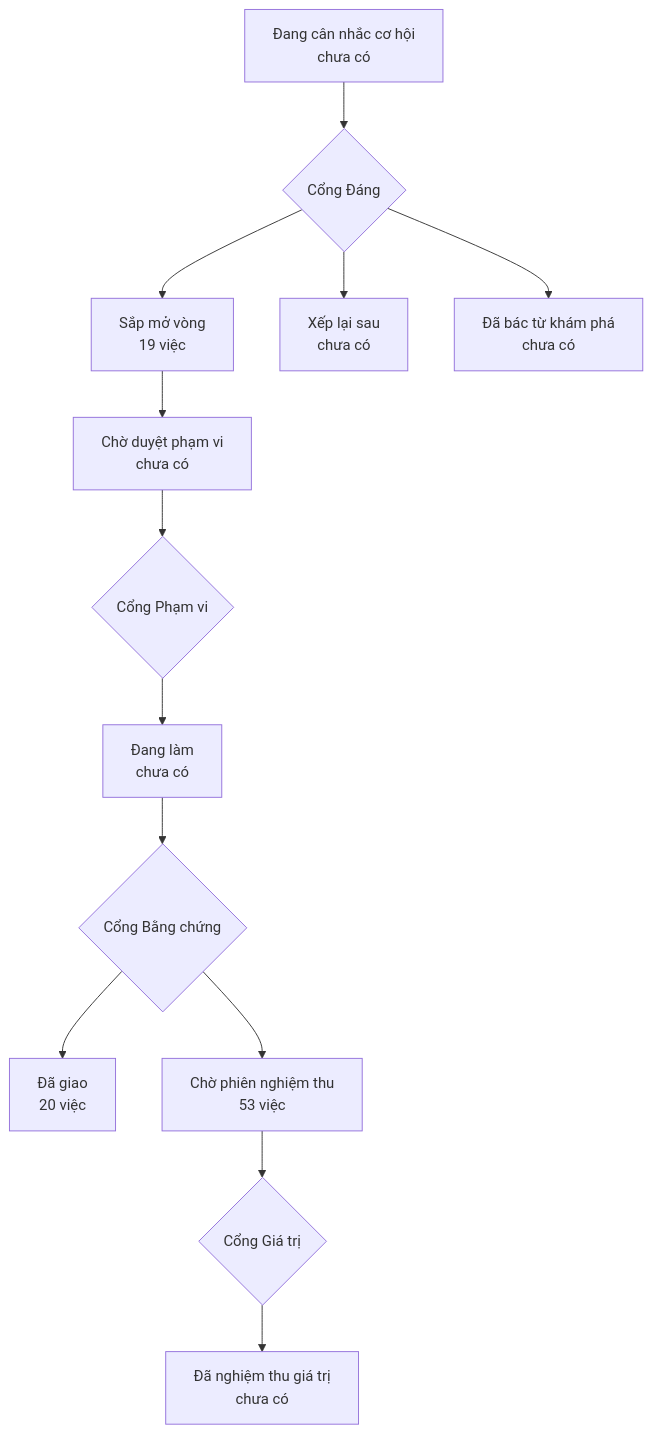
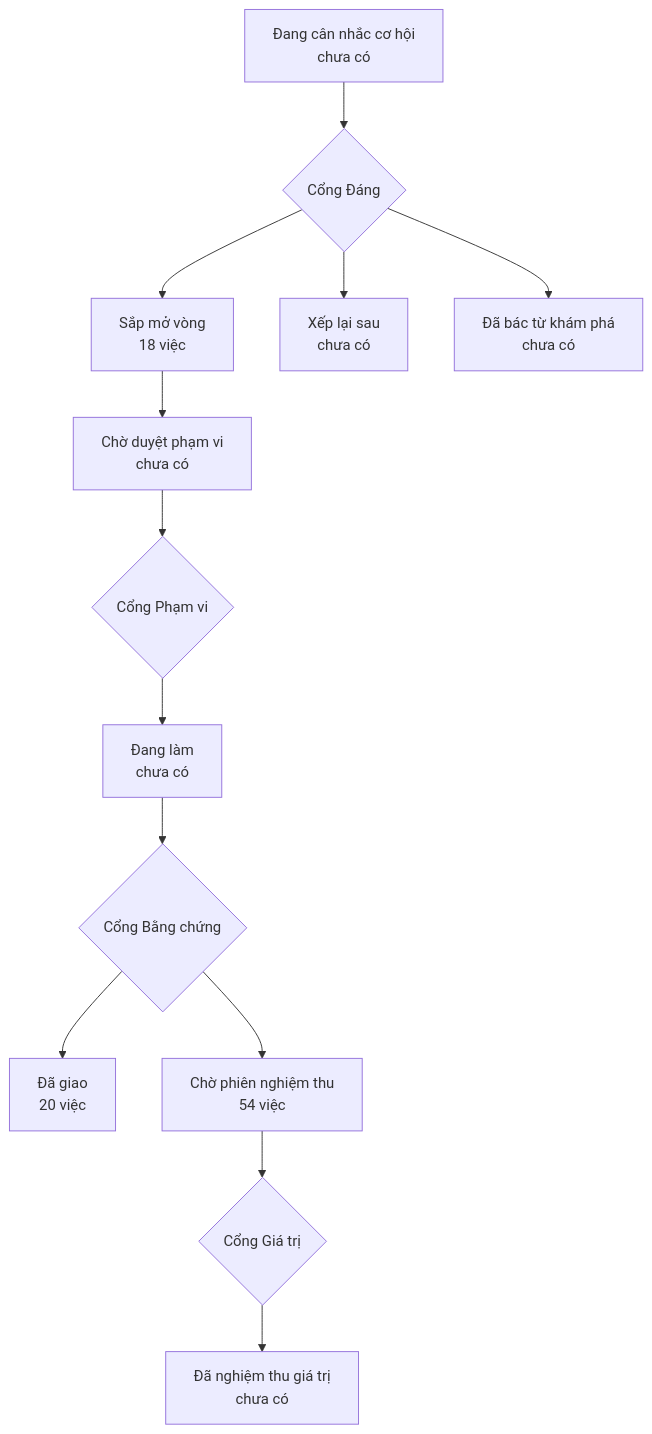
Before and after one commit to phanlemanh/onehub-quy-hang: the diagram in PRODUCT-MAP.md, drawn with Mermaid. The commit also changed other lines of this file and 1 other file, not shown here.

Commit message:
chore: vẽ lại bản đồ sản phẩm và lộ trình sau gộp main

````diff
--- a/PRODUCT-MAP.md
+++ b/PRODUCT-MAP.md
@@ -7,12 +7,12 @@
 ```mermaid
 flowchart TD
   A["Đang cân nhắc cơ hội<br/>chưa có"] --> GD{"Cổng Đáng"}
-  GD --> B["Sắp mở vòng<br/>19 việc"]
+  GD --> B["Sắp mở vòng<br/>18 việc"]
   GD --> XL["Xếp lại sau<br/>chưa có"]
   GD --> DB["Đã bác từ khám phá<br/>chưa có"]
   B --> CD["Chờ duyệt phạm vi<br/>chưa có"] --> GP{"Cổng Phạm vi"}
   GP --> DL["Đang làm<br/>chưa có"] --> GB{"Cổng Bằng chứng"}
   GB --> DG["Đã giao<br/>20 việc"]
-  GB --> CN["Chờ phiên nghiệm thu<br/>53 việc"] --> GG{"Cổng Giá trị"}
+  GB --> CN["Chờ phiên nghiệm thu<br/>54 việc"] --> GG{"Cổng Giá trị"}
   GG --> NT["Đã nghiệm thu giá trị<br/>chưa có"]
 ```
````
